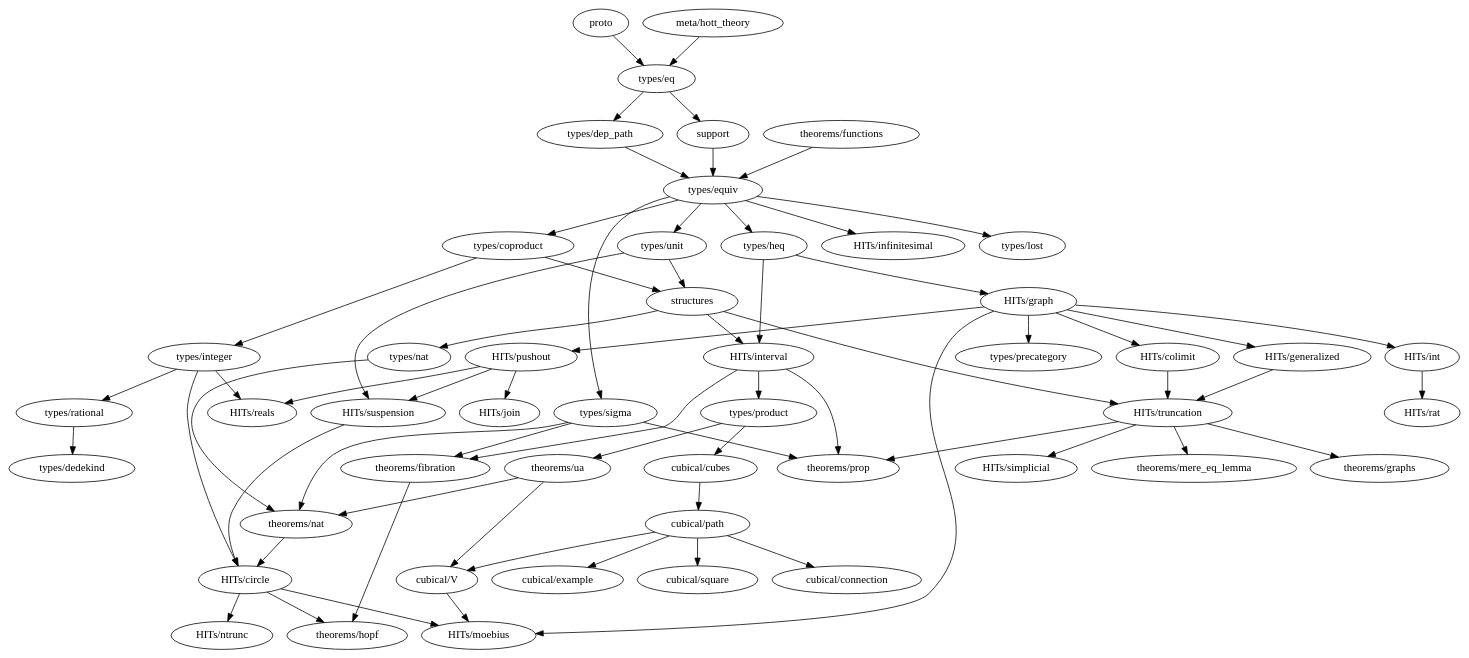
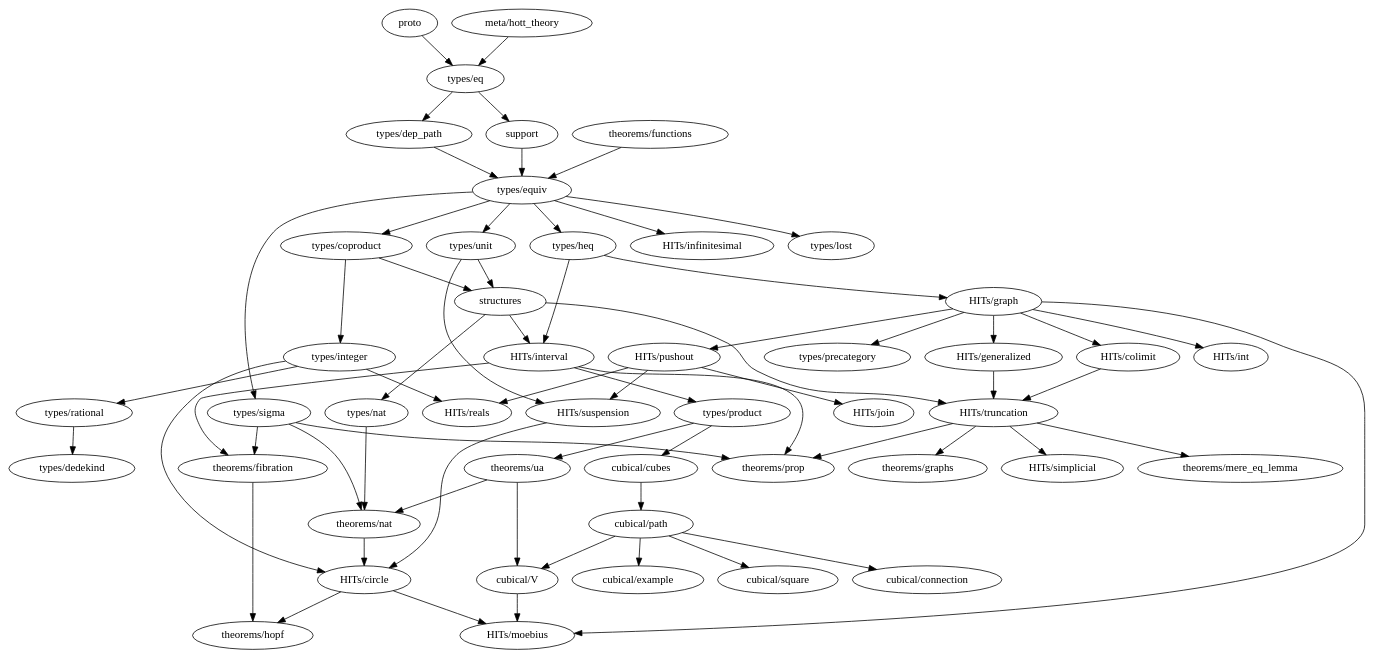
One commit to forked-from-1kasper/ground_zero changed the diagram in dependency_map.gv. Above: the diagram before and after it, drawn with Graphviz. The commit also changed 3 other files, not shown here.

```diff
--- a/dependency_map.gv
+++ b/dependency_map.gv
@@ -1,104 +1,101 @@
 digraph dependency_map {
   proto -> "types/eq"
   "meta/hott_theory" -> "types/eq"
   support -> "types/equiv"
   structures -> {
     "HITs/interval",
     "HITs/truncation",
     "types/nat"
   }
 
   subgraph types {
     "types/coproduct" -> { "types/integer", structures }
     "types/dedekind"
     "types/dep_path" -> "types/equiv"
     "types/eq" -> { "types/dep_path", support }
     "types/equiv" -> {
       "types/heq",
       "HITs/infinitesimal",
       "types/coproduct",
       "types/lost",
       "types/unit",
       "types/sigma"
     }
     "types/heq" -> {
       "HITs/interval",
       "HITs/graph"
     }
     "types/integer" -> {
       "HITs/circle",
       "HITs/reals",
       "types/rational"
     }
     "types/lost"
     "types/nat" -> { "theorems/nat" }
     "types/product" -> { "cubical/cubes", "theorems/ua" }
     "types/rational" -> { "types/dedekind" }
     "types/sigma" -> { "theorems/fibration", "theorems/prop", "theorems/nat" }
     "types/unit" -> { structures, "HITs/suspension" }
   }
 
   subgraph HITs {
-    "HITs/circle" -> { "HITs/ntrunc", "theorems/hopf", "HITs/moebius" }
+    "HITs/circle" -> { "theorems/hopf", "HITs/moebius" }
     "HITs/colimit" -> "HITs/truncation"
     "HITs/generalized" -> "HITs/truncation"
     "HITs/graph" -> {
       "HITs/colimit",
       "HITs/generalized",
       "HITs/int",
       "HITs/pushout",
       "HITs/moebius",
       "types/precategory"
     }
     "HITs/infinitesimal"
-    "HITs/int" -> "HITs/rat"
     "HITs/interval" -> {
       "types/product",
       "theorems/prop",
       "theorems/fibration"
     }
     "HITs/join"
     "HITs/moebius"
-    "HITs/ntrunc"
     "HITs/pushout" -> {
       "HITs/join",
       "HITs/reals",
       "HITs/suspension"
     }
-    "HITs/rat"
     "HITs/reals"
     "HITs/simplicial"
     "HITs/suspension" -> "HITs/circle"
     "HITs/truncation" -> {
       "theorems/mere_eq_lemma",
       "theorems/prop",
       "theorems/graphs",
       "HITs/simplicial"
     }
   }
 
   subgraph cubical {
     "cubical/connection"
     "cubical/cubes" -> "cubical/path"
     "cubical/example"
     "cubical/path" -> {
       "cubical/square",
       "cubical/example",
       "cubical/V",
       "cubical/connection"
     }
     "cubical/square"
     "cubical/V" -> "HITs/moebius"
   }
 
   subgraph theorems {
     "theorems/fibration" -> { "theorems/hopf" }
     "theorems/functions" -> { "types/equiv" }
     "theorems/graphs"
     "theorems/hopf"
     "theorems/mere_eq_lemma"
     "theorems/nat" -> { "HITs/circle" }
     "theorems/prop"
     "theorems/ua" -> { "theorems/nat", "cubical/V" }
   }
 }
```
